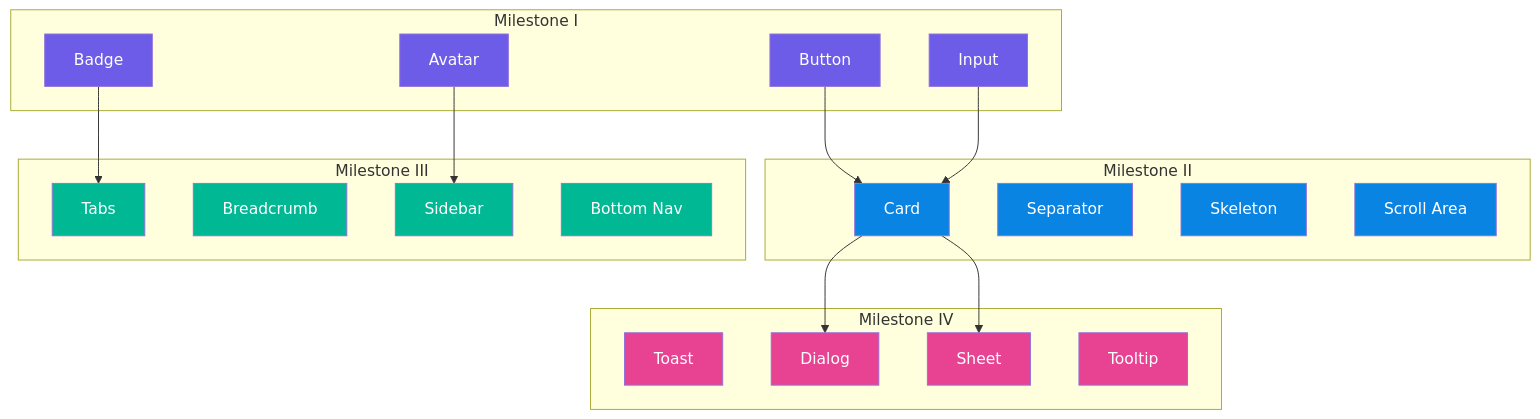
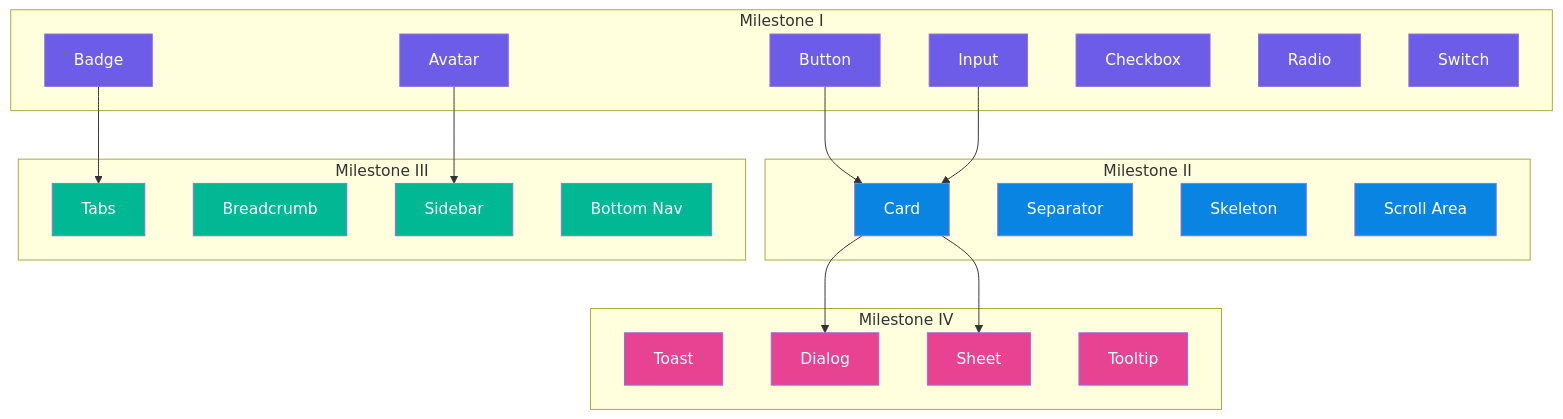
One commit to infinitedim/justui changed the diagram in docs/phase-2-core-components.md. Above: the diagram before and after it, drawn with Mermaid. The commit also changed other lines of this file, not shown here.

Commit message:
docs: add documentation for Checkbox, Radio, and Switch components and update phase milestones

````diff
--- a/docs/phase-2-core-components.md
+++ b/docs/phase-2-core-components.md
@@ -21,51 +21,57 @@
 ```mermaid
 graph TD
     subgraph "Milestone I"
         A[Button]
         B[Input]
         C[Badge]
         D[Avatar]
+        Q[Checkbox]
+        R[Radio]
+        S[Switch]
     end
     subgraph "Milestone II"
         E[Card]
         F[Separator]
         G[Skeleton]
         H[Scroll Area]
     end
     subgraph "Milestone III"
         I[Tabs]
         J[Breadcrumb]
         K[Sidebar]
         L[Bottom Nav]
     end
     subgraph "Milestone IV"
         M[Toast]
         N[Dialog]
         O[Sheet]
         P[Tooltip]
     end
 
     A --> E
     B --> E
     C --> I
     D --> K
     E --> N
     E --> O
 
     style A fill:#6C5CE7,color:#fff
     style B fill:#6C5CE7,color:#fff
     style C fill:#6C5CE7,color:#fff
     style D fill:#6C5CE7,color:#fff
+    style Q fill:#6C5CE7,color:#fff
+    style R fill:#6C5CE7,color:#fff
+    style S fill:#6C5CE7,color:#fff
     style E fill:#0984E3,color:#fff
     style F fill:#0984E3,color:#fff
     style G fill:#0984E3,color:#fff
     style H fill:#0984E3,color:#fff
     style I fill:#00B894,color:#fff
     style J fill:#00B894,color:#fff
     style K fill:#00B894,color:#fff
     style L fill:#00B894,color:#fff
     style M fill:#E84393,color:#fff
     style N fill:#E84393,color:#fff
     style O fill:#E84393,color:#fff
     style P fill:#E84393,color:#fff
 ```
````
